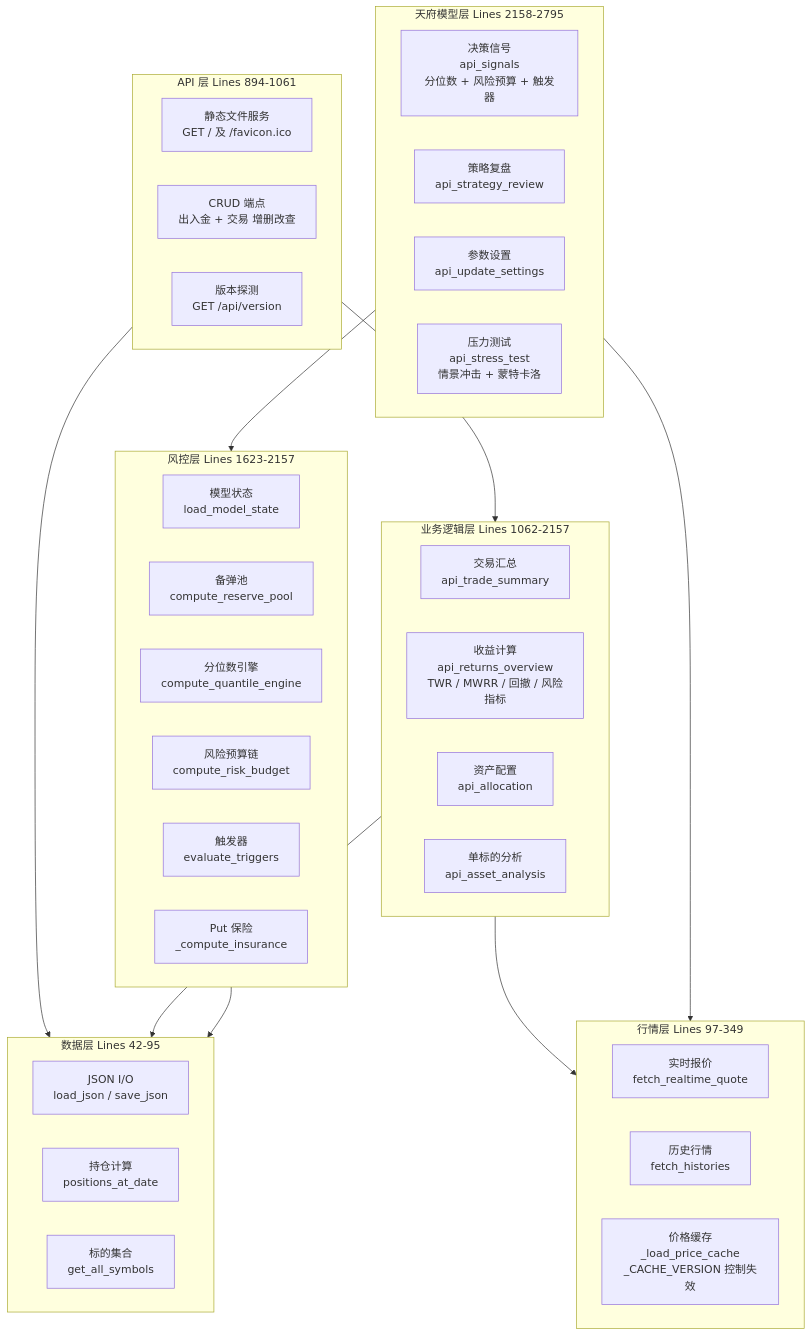
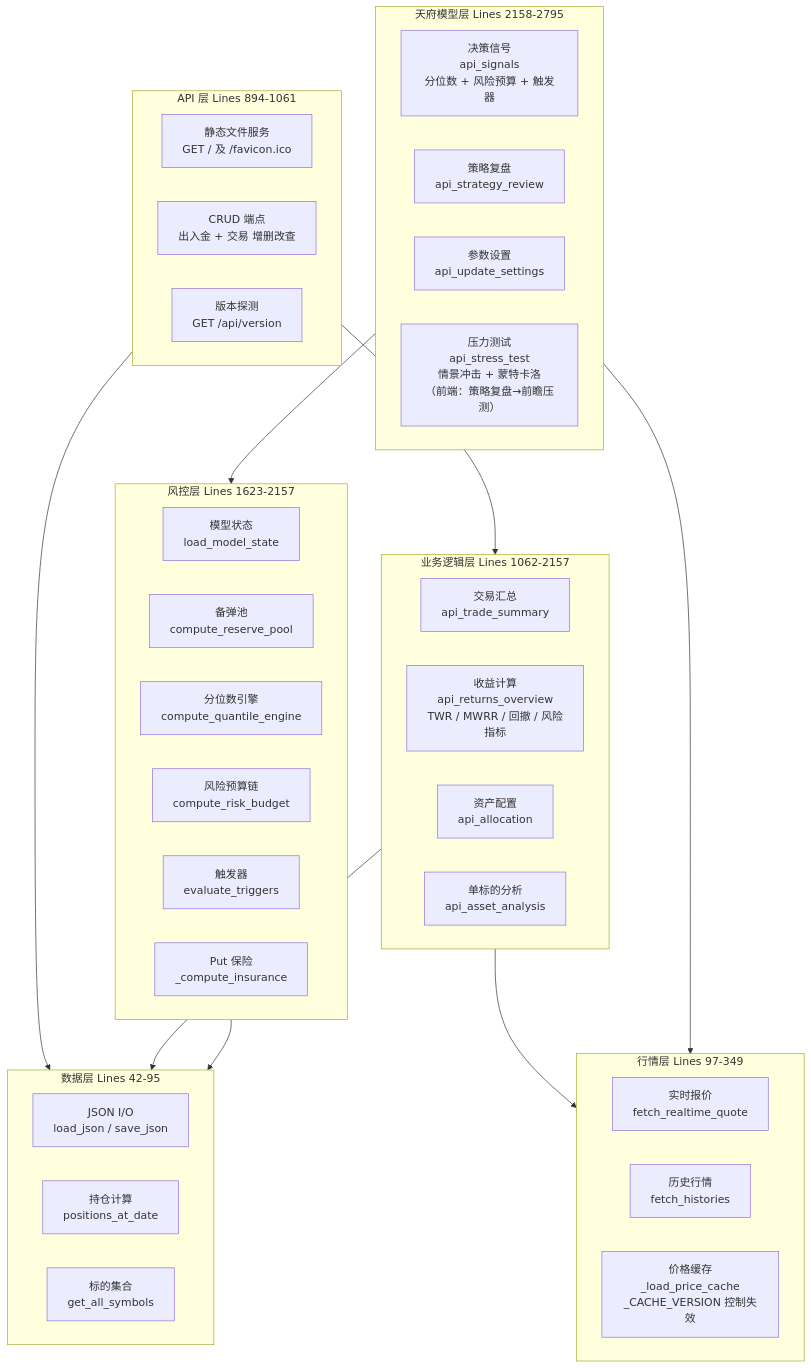
Before and after one commit to xiulonnn-crypto/Tianfu_Strategy: the second of 6 diagrams in ARCHITECTURE.md, drawn with Mermaid. The commit also changed 5 other files, not shown here.

````diff
--- a/ARCHITECTURE.md
+++ b/ARCHITECTURE.md
@@ -79,51 +79,51 @@
 ```mermaid
 graph TD
     subgraph api_layer [API 层 Lines 894-1061]
         StaticServe["静态文件服务\nGET / 及 /favicon.ico"]
         CRUD["CRUD 端点\n出入金 + 交易 增删改查"]
         Version["版本探测\nGET /api/version"]
     end
 
     subgraph biz_layer [业务逻辑层 Lines 1062-2157]
         TradeSummary["交易汇总\napi_trade_summary"]
         Returns["收益计算\napi_returns_overview\nTWR / MWRR / 回撤 / 风险指标"]
         Allocation["资产配置\napi_allocation"]
         AssetAnalysis["单标的分析\napi_asset_analysis"]
     end
 
     subgraph model_layer [天府模型层 Lines 2158-2795]
         Signals["决策信号\napi_signals\n分位数 + 风险预算 + 触发器"]
         StrategyReview["策略复盘\napi_strategy_review"]
         UpdateSettings["参数设置\napi_update_settings"]
-        StressTest["压力测试\napi_stress_test\n情景冲击 + 蒙特卡洛"]
+        StressTest["压力测试\napi_stress_test\n情景冲击 + 蒙特卡洛\n（前端：策略复盘→前瞻压测）"]
     end
 
     subgraph data_layer [数据层 Lines 42-95]
         IO["JSON I/O\nload_json / save_json"]
         Positions["持仓计算\npositions_at_date"]
         Symbols["标的集合\nget_all_symbols"]
     end
 
     subgraph market_layer [行情层 Lines 97-349]
         Realtime["实时报价\nfetch_realtime_quote"]
         History["历史行情\nfetch_histories"]
         Cache["价格缓存\n_load_price_cache\n_CACHE_VERSION 控制失效"]
     end
 
     subgraph risk_layer [风控层 Lines 1623-2157]
         ModelState["模型状态\nload_model_state"]
         ReservePool["备弹池\ncompute_reserve_pool"]
         QuantileEngine["分位数引擎\ncompute_quantile_engine"]
         RiskBudget["风险预算链\ncompute_risk_budget"]
         Triggers["触发器\nevaluate_triggers"]
         Insurance["Put 保险\n_compute_insurance"]
     end
 
     api_layer --> biz_layer
     api_layer --> data_layer
     biz_layer --> market_layer
     biz_layer --> data_layer
     model_layer --> risk_layer
     model_layer --> market_layer
     risk_layer --> data_layer
 ```
````
